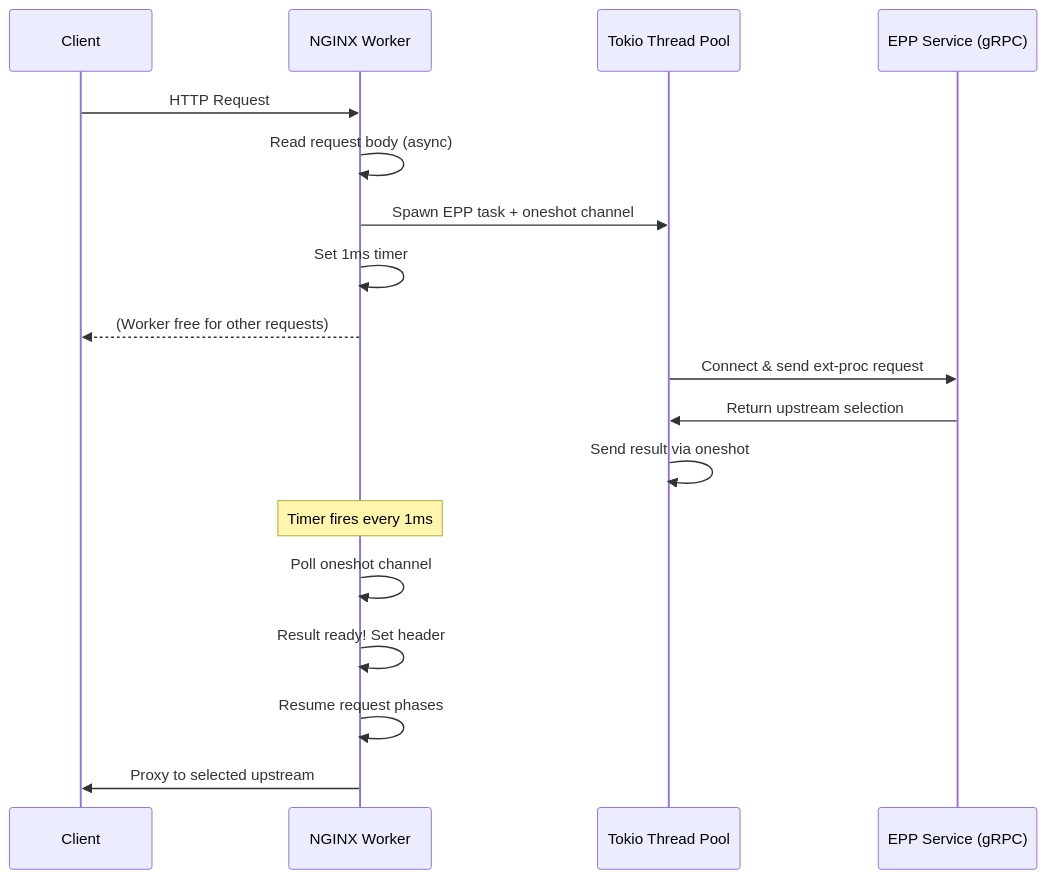
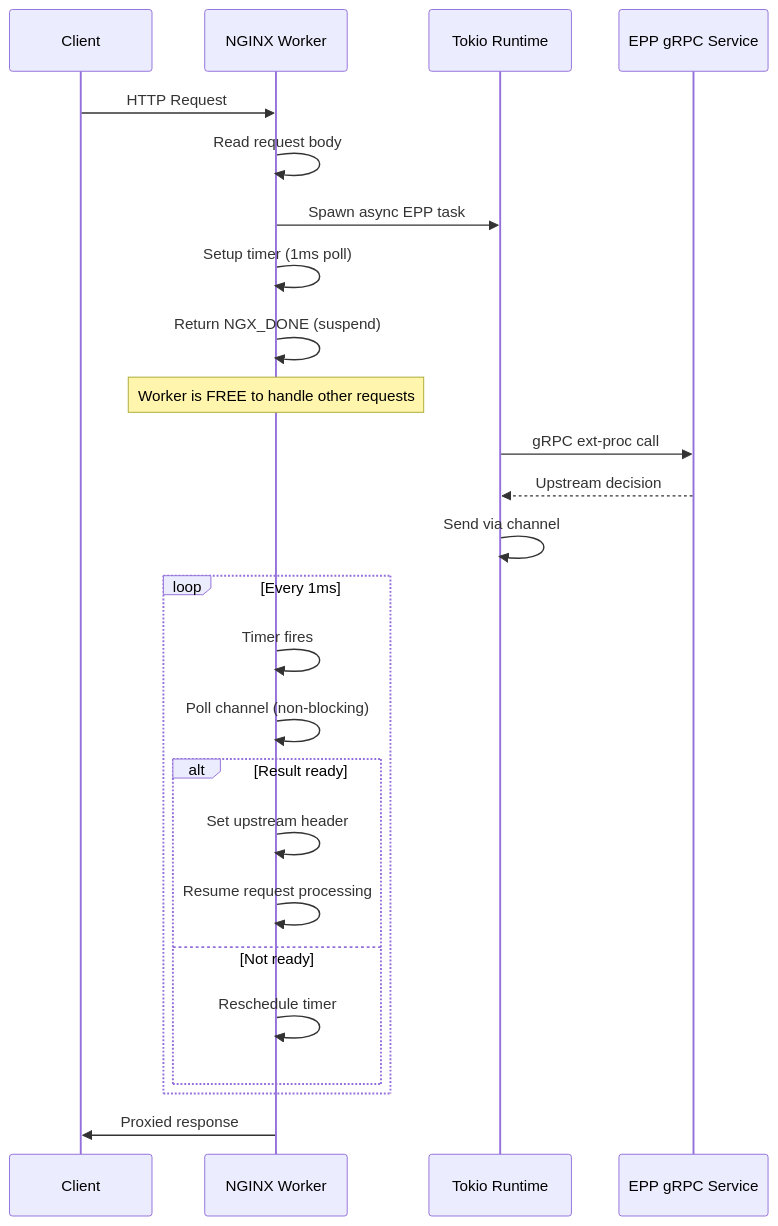
One commit to CVanF5/ngx-inference changed the first of 3 diagrams in docs/epp-async-architecture.md. Above: the diagram before and after it, drawn with Mermaid. The commit also changed other lines of this file and 12 other files, not shown here.

````diff
--- a/docs/epp-async-architecture.md
+++ b/docs/epp-async-architecture.md
@@ -17,23 +9,31 @@
 ```mermaid
 sequenceDiagram
     participant Client
     participant NGINX Worker
-    participant Tokio Thread Pool
-    participant EPP Service (gRPC)
+    participant Tokio Runtime
+    participant EPP gRPC Service
     
     Client->>NGINX Worker: HTTP Request
-    NGINX Worker->>NGINX Worker: Read request body (async)
-    NGINX Worker->>Tokio Thread Pool: Spawn EPP task + oneshot channel
-    NGINX Worker->>NGINX Worker: Set 1ms timer
-    NGINX Worker-->>Client: (Worker free for other requests)
+    NGINX Worker->>NGINX Worker: Read request body
+    NGINX Worker->>Tokio Runtime: Spawn async EPP task
+    NGINX Worker->>NGINX Worker: Setup timer (1ms poll)
+    NGINX Worker->>NGINX Worker: Return NGX_DONE (suspend)
+    Note over NGINX Worker: Worker is FREE to handle other requests
     
-    Tokio Thread Pool->>EPP Service (gRPC): Connect & send ext-proc request
-    EPP Service (gRPC)->>Tokio Thread Pool: Return upstream selection
-    Tokio Thread Pool->>Tokio Thread Pool: Send result via oneshot
+    Tokio Runtime->>EPP gRPC Service: gRPC ext-proc call
+    EPP gRPC Service-->>Tokio Runtime: Upstream decision
+    Tokio Runtime->>Tokio Runtime: Send via channel
     
-    Note over NGINX Worker: Timer fires every 1ms
-    NGINX Worker->>NGINX Worker: Poll oneshot channel
-    NGINX Worker->>NGINX Worker: Result ready! Set header
-    NGINX Worker->>NGINX Worker: Resume request phases
-    NGINX Worker->>Client: Proxy to selected upstream
+    loop Every 1ms
+        NGINX Worker->>NGINX Worker: Timer fires
+        NGINX Worker->>NGINX Worker: Poll channel (non-blocking)
+        alt Result ready
+            NGINX Worker->>NGINX Worker: Set upstream header
+            NGINX Worker->>NGINX Worker: Resume request processing
+        else Not ready
+            NGINX Worker->>NGINX Worker: Reschedule timer
+        end
+    end
+    
+    NGINX Worker->>Client: Proxied response
 ```
````
